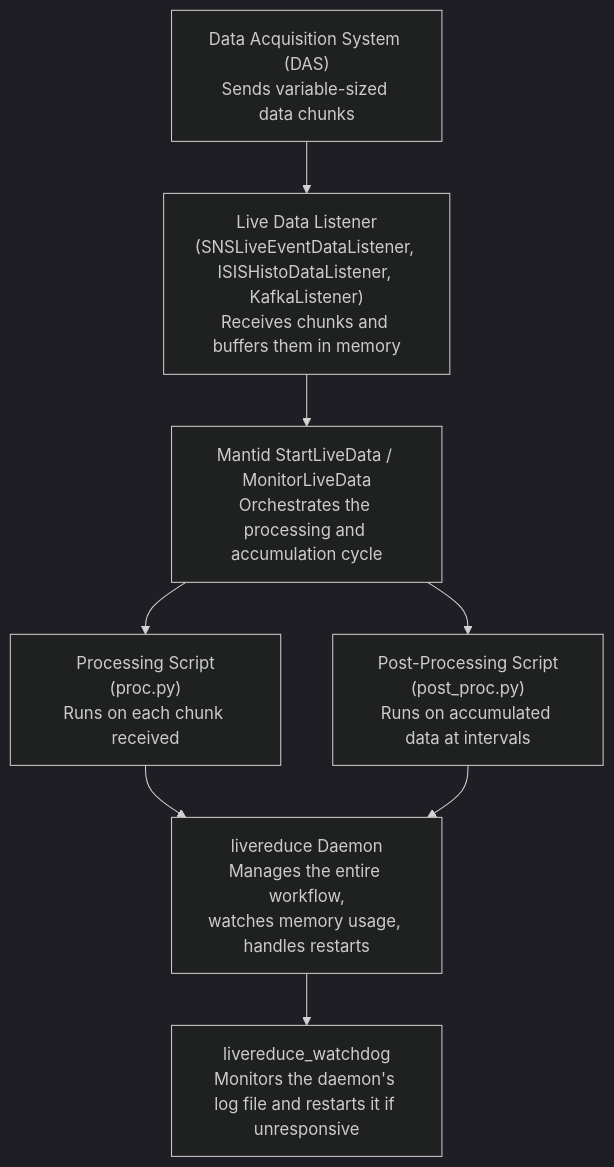
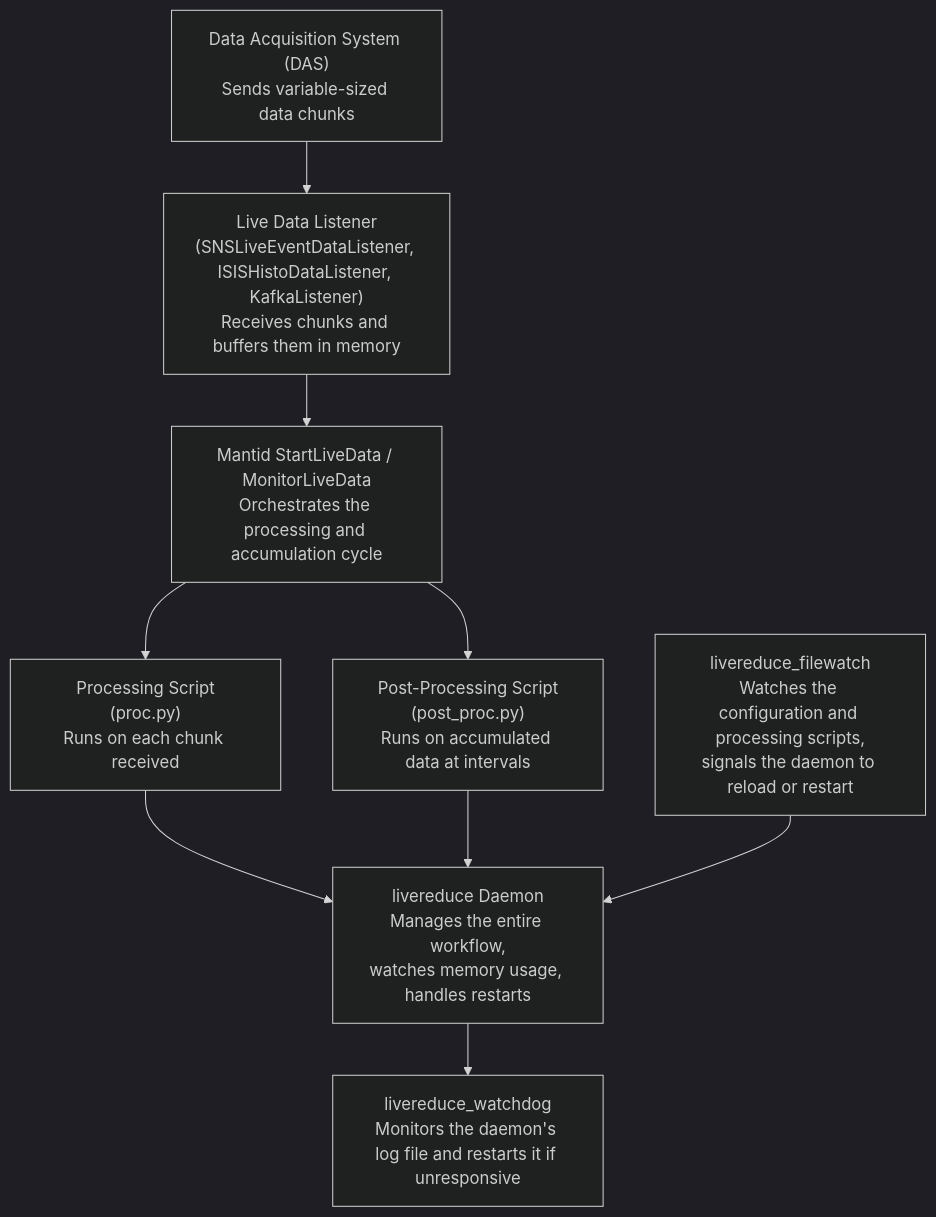
The diagram in docs/architecture.md (mantidproject/livereduce), drawn with Mermaid (dark theme) before and after one commit. The commit also changed other lines of this file and 18 other files, not shown here.

````diff
--- a/docs/architecture.md
+++ b/docs/architecture.md
@@ -9,18 +9,20 @@
 ```mermaid
 flowchart TD
     DAS["Data Acquisition System (DAS)<br/>Sends variable-sized data chunks"]
     Listener["Live Data Listener<br/>(SNSLiveEventDataListener, ISISHistoDataListener, KafkaListener)<br/>Receives chunks and buffers them in memory"]
     Mantid["Mantid StartLiveData / MonitorLiveData<br/>Orchestrates the processing and accumulation cycle"]
     ProcScript["Processing Script<br/>(proc.py)<br/>Runs on each chunk received"]
     PostScript["Post-Processing Script<br/>(post_proc.py)<br/>Runs on accumulated data at intervals"]
     Daemon["livereduce Daemon<br/>Manages the entire workflow,<br/>watches memory usage, handles restarts"]
     Watchdog["livereduce_watchdog<br/>Monitors the daemon's log file and restarts it if unresponsive"]
+    FileWatch["livereduce_filewatch<br/>Watches the configuration and processing scripts,<br/>signals the daemon to reload or restart"]
 
     DAS --> Listener
     Listener --> Mantid
     Mantid --> ProcScript
     Mantid --> PostScript
     ProcScript --> Daemon
     PostScript --> Daemon
     Daemon --> Watchdog
+    FileWatch --> Daemon
 ```
````
